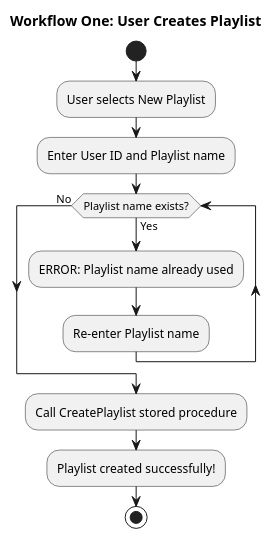
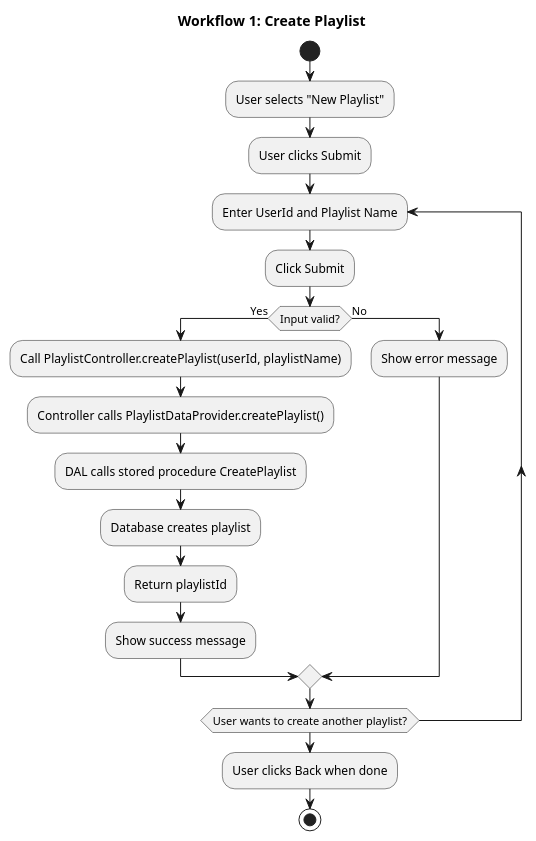
One commit to JSmith1140/SmithSullivanThomas_CSC3810A_Final changed the diagram in Design/WorkflowOneAD.puml. Above: the diagram before and after it, drawn with PlantUML.

Commit message:
Update Workflow One AD

```diff
--- a/Design/WorkflowOneAD.puml
+++ b/Design/WorkflowOneAD.puml
@@ -1,19 +1,32 @@
 @startuml Workflow One Activity Diagram
-title Workflow One: User Creates Playlist
+title Workflow 1: Create Playlist
 
 start
 
-:User selects New Playlist;
+:User selects "New Playlist";
 
-:Enter User ID and Playlist name;
+:User clicks Submit;
 
-while (Playlist name exists?) is (Yes)
-    :ERROR: Playlist name already used;
-    :Re-enter Playlist name;
-endwhile (No)
+repeat :Enter UserId and Playlist Name;
+    :Click Submit;
 
-:Call CreatePlaylist stored procedure;
-:Playlist created successfully!;
+    if (Input valid?) then (Yes)
+
+        :Call PlaylistController.createPlaylist(userId, playlistName);
+        :Controller calls PlaylistDataProvider.createPlaylist();
+        :DAL calls stored procedure CreatePlaylist;
+        :Database creates playlist;
+        :Return playlistId;
+
+        :Show success message;
+    else (No)
+        :Show error message;
+    endif
+
+' *Won't let me put text on the merge diamond*
+repeat while (User wants to create another playlist?)
+
+:User clicks Back when done;
 
 stop
 @enduml
```
